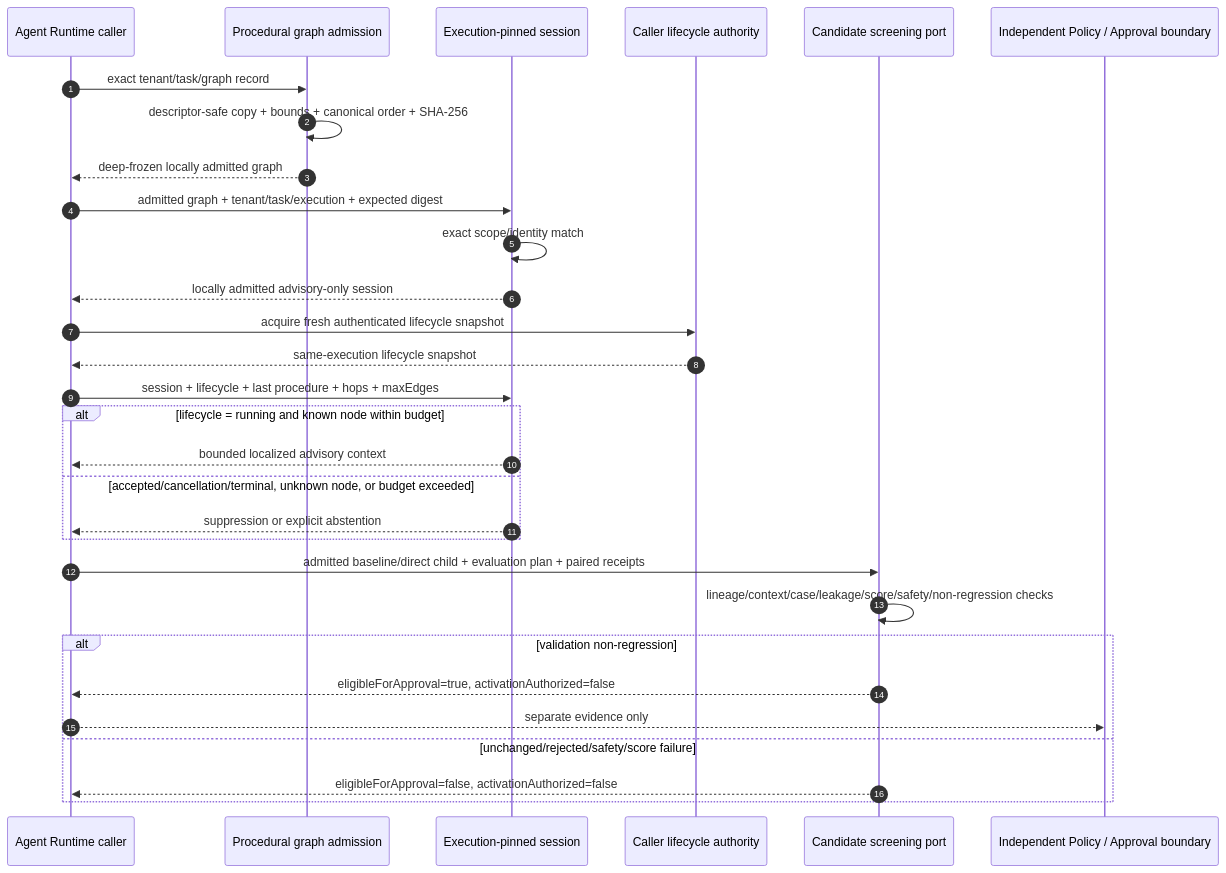
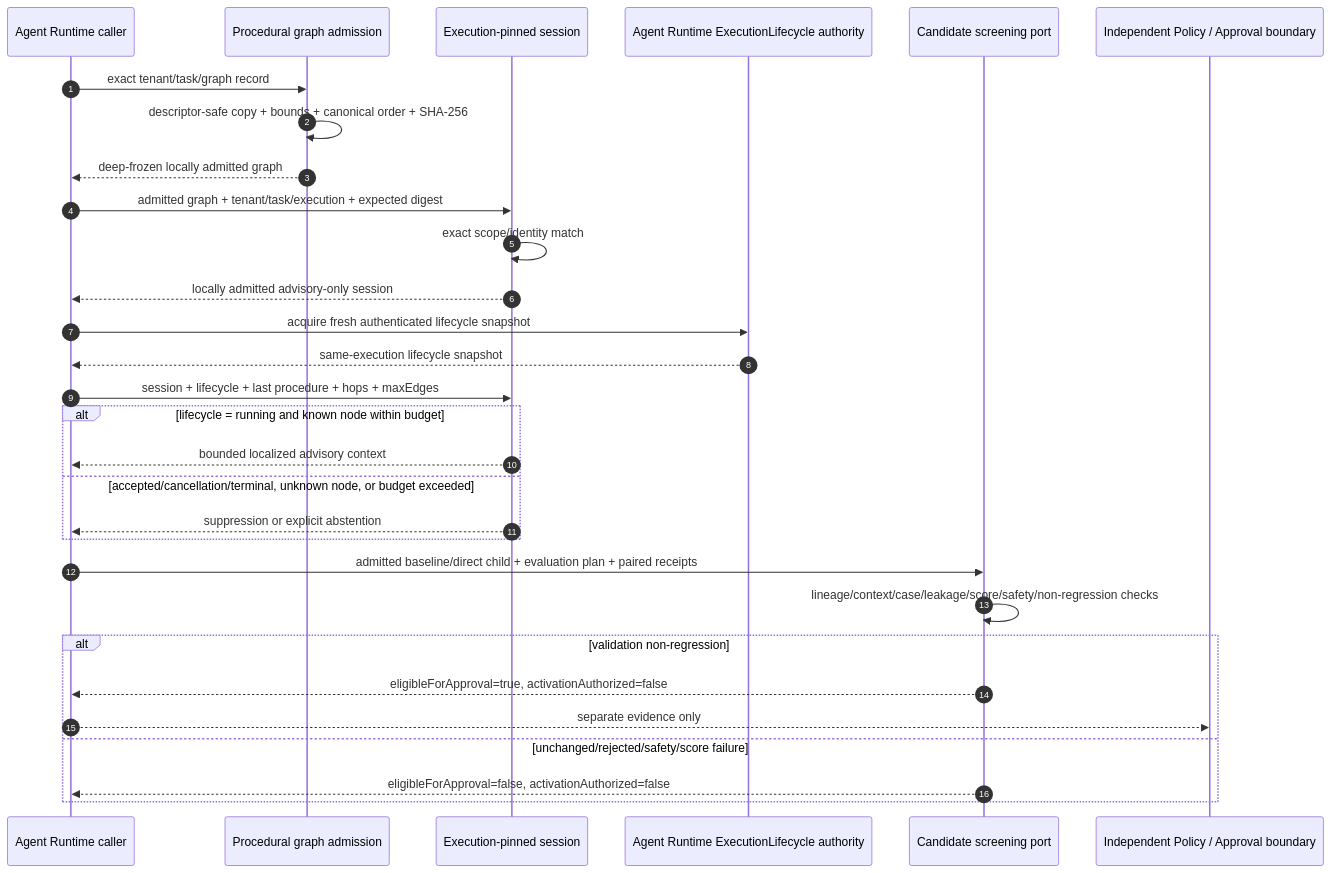
Before and after one commit to ContextualWisdomLab/noema: the fourth of 14 diagrams in docs/UML.md, drawn with Mermaid. The commit also changed other lines of this file, not shown here.

Commit message:
fix(docs): separate Agent Runtime lifecycle authority

````diff
--- a/docs/UML.md
+++ b/docs/UML.md
@@ -164,34 +163,34 @@
 ```mermaid
 sequenceDiagram
   autonumber
   participant Caller as Agent Runtime caller
   participant Admit as Procedural graph admission
   participant Session as Execution-pinned session
-  participant Lifecycle as Caller lifecycle authority
+  participant Lifecycle as Agent Runtime ExecutionLifecycle authority
   participant Screen as Candidate screening port
   participant Approval as Independent Policy / Approval boundary
 
   Caller->>Admit: exact tenant/task/graph record
   Admit->>Admit: descriptor-safe copy + bounds + canonical order + SHA-256
   Admit-->>Caller: deep-frozen locally admitted graph
   Caller->>Session: admitted graph + tenant/task/execution + expected digest
   Session->>Session: exact scope/identity match
   Session-->>Caller: locally admitted advisory-only session
   Caller->>Lifecycle: acquire fresh authenticated lifecycle snapshot
   Lifecycle-->>Caller: same-execution lifecycle snapshot
   Caller->>Session: session + lifecycle + last procedure + hops + maxEdges
   alt lifecycle = running and known node within budget
     Session-->>Caller: bounded localized advisory context
   else accepted/cancellation/terminal, unknown node, or budget exceeded
     Session-->>Caller: suppression or explicit abstention
   end
 
   Caller->>Screen: admitted baseline/direct child + evaluation plan + paired receipts
   Screen->>Screen: lineage/context/case/leakage/score/safety/non-regression checks
   alt validation non-regression
     Screen-->>Caller: eligibleForApproval=true, activationAuthorized=false
     Caller-->>Approval: separate evidence only
   else unchanged/rejected/safety/score failure
     Screen-->>Caller: eligibleForApproval=false, activationAuthorized=false
   end
 ```
````
